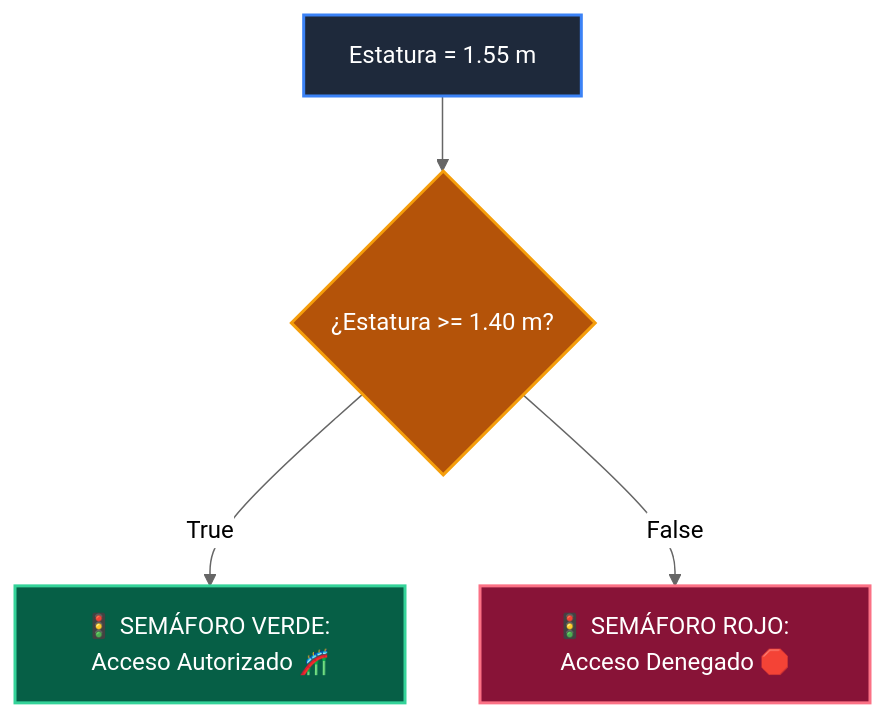
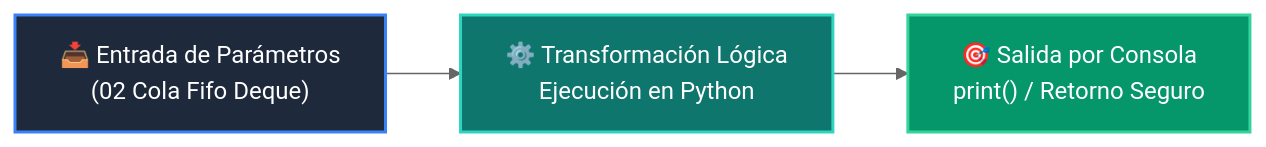
The diagram in 02-algoritmos-estructuras/clase-02-pilas-y-colas/ejemplos/ejemplo_02_cola_fifo_deque/README.md (wisrovi/wisrovi-python), drawn with Mermaid (neutral theme) before and after one commit. The commit also changed other lines of this file and 226 other files, not shown here.

Commit message:
docs: elevate all repository READMEs to world-class mastery standard with rich pedagogical architecture, custom Mermaids, and professional styling

````diff
--- a/02-algoritmos-estructuras/clase-02-pilas-y-colas/ejemplos/ejemplo_02_cola_fifo_deque/README.md
+++ b/02-algoritmos-estructuras/clase-02-pilas-y-colas/ejemplos/ejemplo_02_cola_fifo_deque/README.md
@@ -12,11 +19,9 @@
 ```mermaid
-flowchart TD
-    DATA["Estatura = 1.55 m"] --> COND{"¿Estatura >= 1.40 m?"}
-    COND -->|True| GREEN["🚦 SEMÁFORO VERDE: Acceso Autorizado 🎢"]
-    COND -->|False| RED["🚦 SEMÁFORO ROJO: Acceso Denegado 🛑"]
+flowchart LR
+    A["📥 Entrada de Parámetros<br/>(02 Cola Fifo Deque)"] --> B["⚙️ Transformación Lógica<br/>Ejecución en Python"]
+    B --> C["🎯 Salida por Consola<br/>print() / Retorno Seguro"]
 
-    style DATA fill:#1e293b,color:#fff,stroke:#3b82f6,stroke-width:2px
-    style COND fill:#b45309,color:#fff,stroke:#f59e0b,stroke-width:2px
-    style GREEN fill:#065f46,color:#fff,stroke:#34d399,stroke-width:2px
-    style RED fill:#881337,color:#fff,stroke:#fb7185,stroke-width:2px
+    style A fill:#1e293b,color:#ffffff,stroke:#3b82f6,stroke-width:2px
+    style B fill:#0f766e,color:#ffffff,stroke:#2dd4bf,stroke-width:2px
+    style C fill:#059669,color:#ffffff,stroke:#34d399,stroke-width:2px
 ```
````
